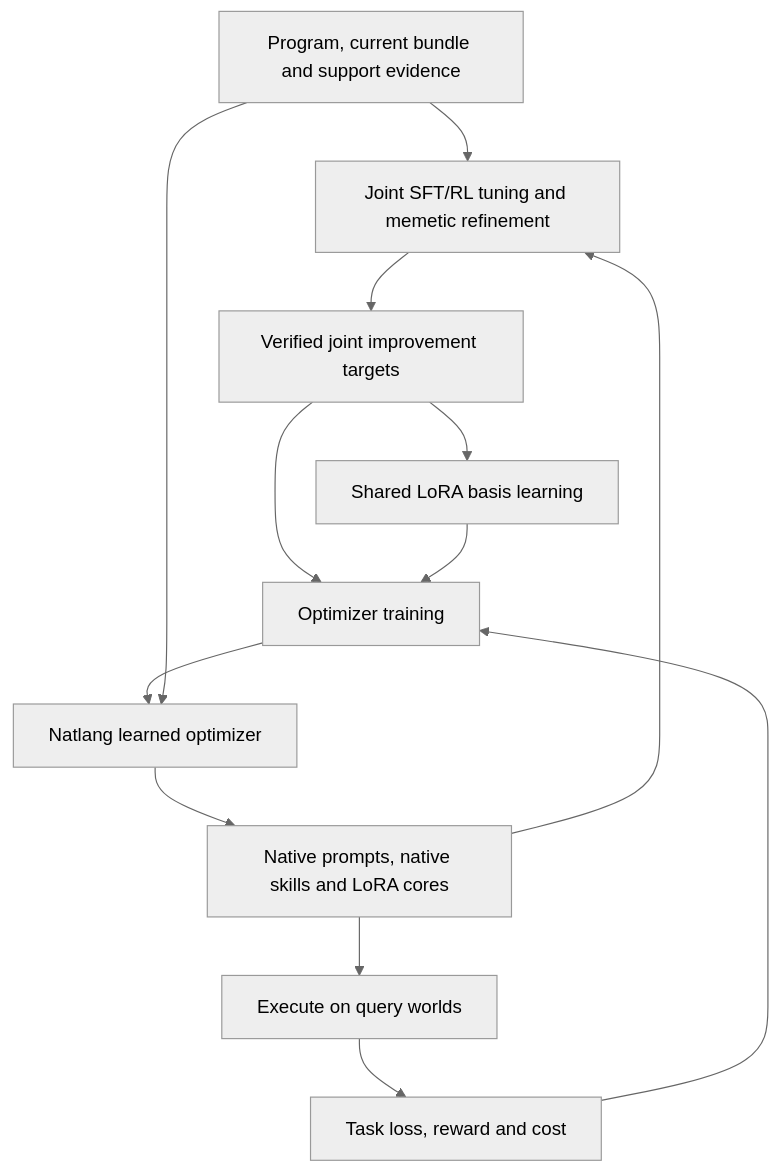
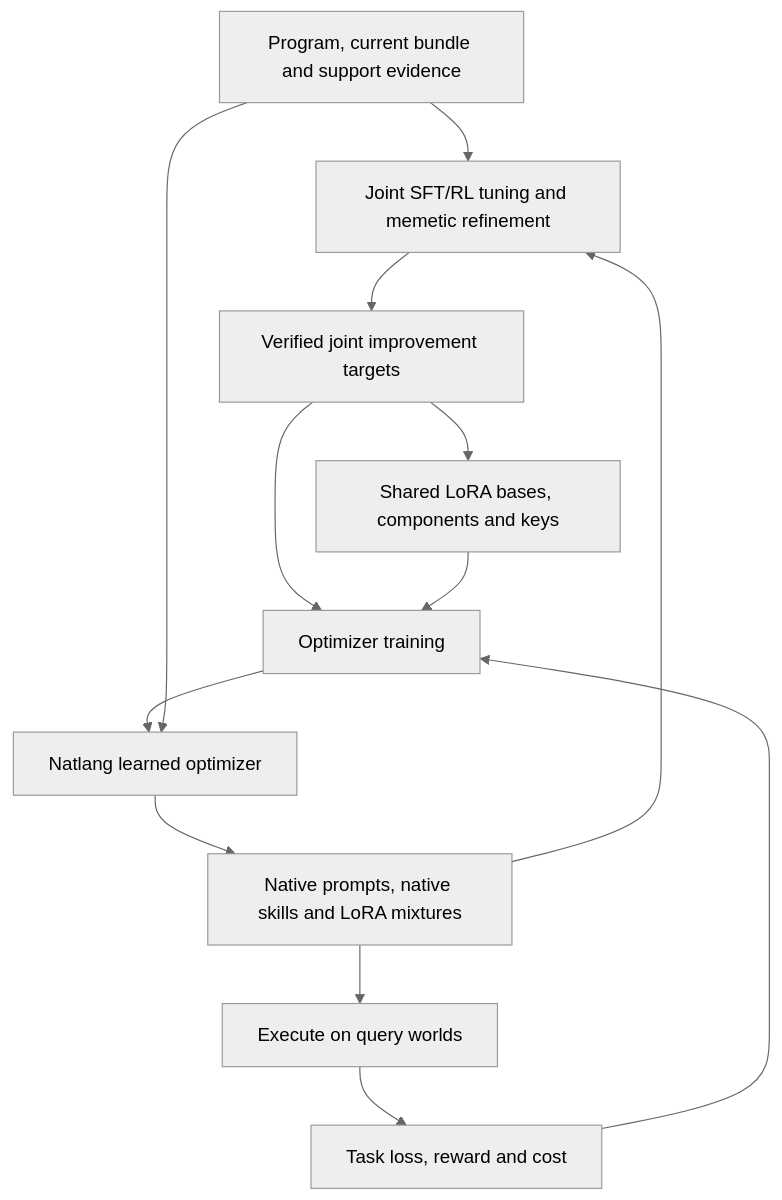
The diagram in plans/neuralese/JOINT_LEARNED_OPTIMIZER.md (werg/natlang), drawn with Mermaid (neutral theme) before and after one commit. The commit also changed other lines of this file, not shown here.

Commit message:
docs: specify keyed LoRA mixtures and iterative learner training

````diff
--- a/plans/neuralese/JOINT_LEARNED_OPTIMIZER.md
+++ b/plans/neuralese/JOINT_LEARNED_OPTIMIZER.md
@@ -80,15 +84,15 @@
 ```mermaid
 flowchart TD
   Evidence["Program, current bundle and support evidence"] --> Tuner["Joint SFT/RL tuning and memetic refinement"]
   Tuner --> Targets["Verified joint improvement targets"]
-  Targets --> Bases["Shared LoRA basis learning"]
+  Targets --> Bases["Shared LoRA bases, components and keys"]
   Targets --> Train["Optimizer training"]
   Bases --> Train
   Train --> Optimizer["Natlang learned optimizer"]
   Evidence --> Optimizer
-  Optimizer --> Bundle["Native prompts, native skills and LoRA cores"]
+  Optimizer --> Bundle["Native prompts, native skills and LoRA mixtures"]
   Bundle --> Execute["Execute on query worlds"]
   Execute --> Outcomes["Task loss, reward and cost"]
   Outcomes --> Train
   Bundle --> Tuner
 ```
````
